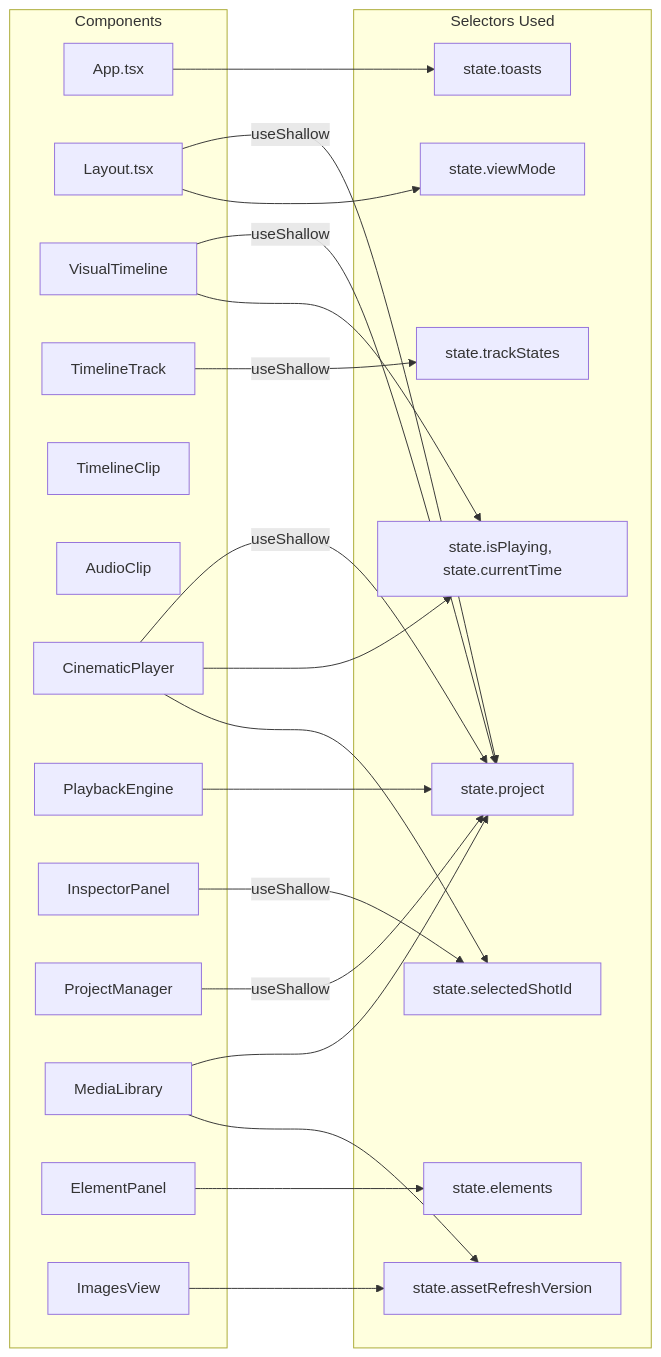
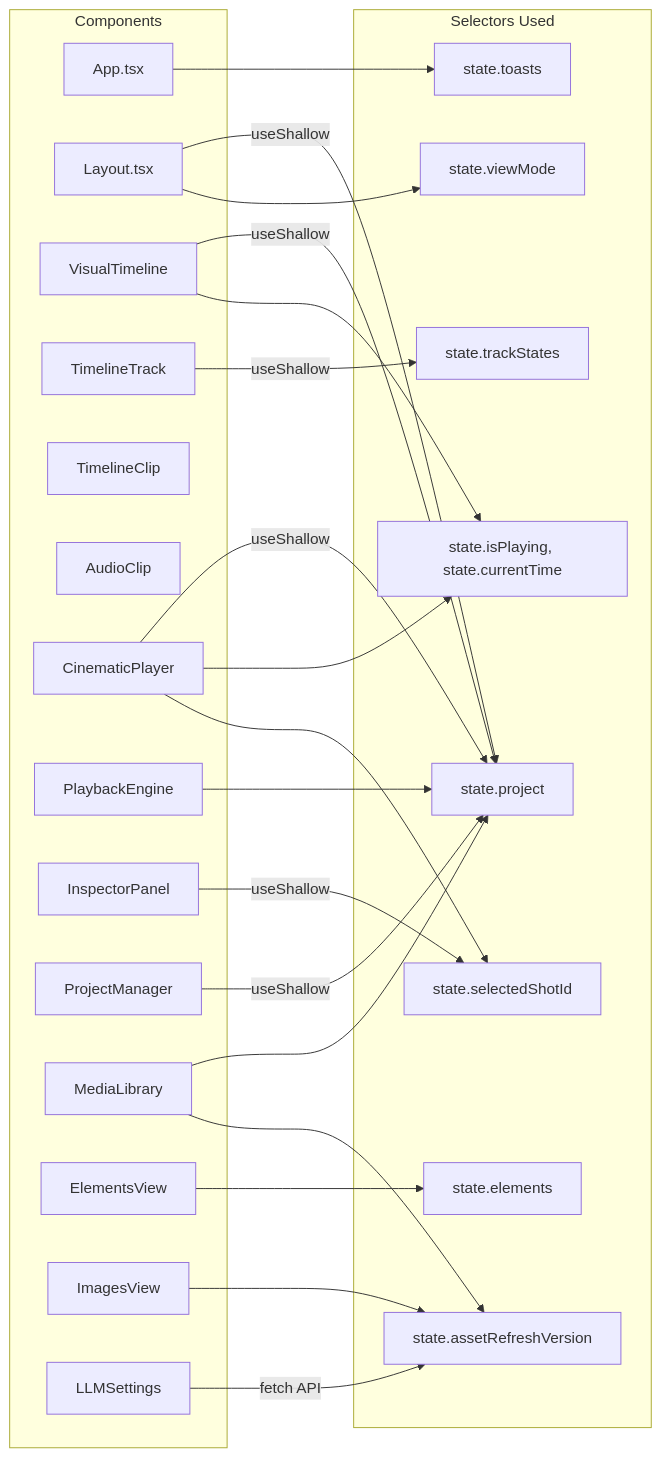
Before and after one commit to mainza-ai/milimovideo: the second of 3 diagrams in docs/04_frontend_state.md, drawn with Mermaid. The commit also changed other lines of this file and 142 other files, not shown here.

````diff
--- a/docs/04_frontend_state.md
+++ b/docs/04_frontend_state.md
@@ -127,46 +127,48 @@
 ```mermaid
 graph LR
     subgraph "Components"
         App[App.tsx]
         Layout[Layout.tsx]
         VT[VisualTimeline]
         TT[TimelineTrack]
         TC[TimelineClip]
         AC[AudioClip]
         CP[CinematicPlayer]
         PBE[PlaybackEngine]
         IP[InspectorPanel]
         PM[ProjectManager]
         ML[MediaLibrary]
-        EP[ElementPanel]
+        EP[ElementsView]
         IV[ImagesView]
+        LLM[LLMSettings]
     end
 
     subgraph "Selectors Used"
         S_toasts["state.toasts"]
         S_project["state.project"]
         S_playback["state.isPlaying, state.currentTime"]
         S_selected["state.selectedShotId"]
         S_viewMode["state.viewMode"]
         S_elements["state.elements"]
         S_tracks["state.trackStates"]
         S_assetVer["state.assetRefreshVersion"]
     end
 
     App --> S_toasts
     Layout -->|useShallow| S_project
     Layout --> S_viewMode
     VT -->|useShallow| S_project
     VT --> S_playback
     TT -->|useShallow| S_tracks
     CP -->|useShallow| S_project
     CP --> S_playback
     CP --> S_selected
     PBE --> S_project
     IP -->|useShallow| S_selected
     PM -->|useShallow| S_project
     ML --> S_project
     ML --> S_assetVer
     EP --> S_elements
     IV --> S_assetVer
+    LLM --> |"fetch API"| S_assetVer
 ```
````
